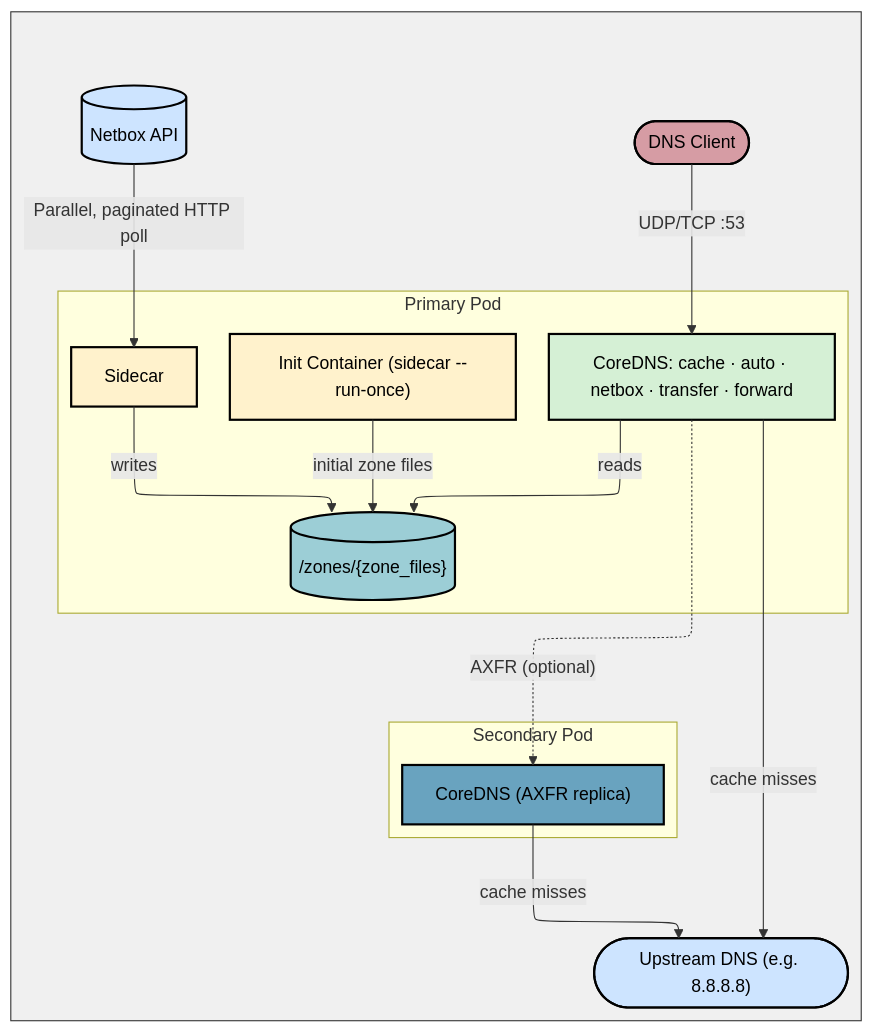
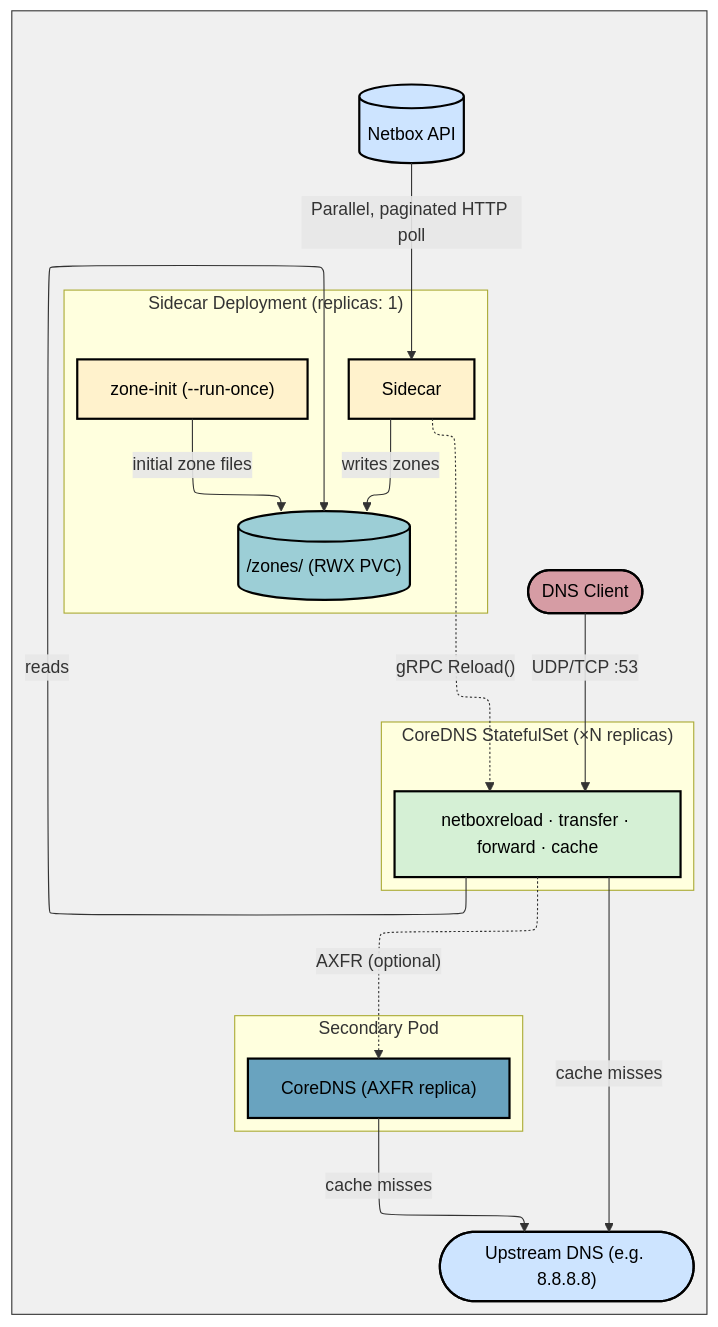
Before and after one commit to pallotron/coredns-netbox: the diagram in README.md, drawn with Mermaid. The commit also changed other lines of this file and 29 other files, not shown here.

Commit message:
docs: update README and docs for netboxreload plugin and standalone sidecar

````diff
--- a/README.md
+++ b/README.md
@@ -21,52 +23,57 @@
 ```mermaid
 ---
 config:
     layout: elk
     theme: default
     elk:
         mergeEdges: true
 ---
 flowchart TD
 
 subgraph Diagram[" "]
     Client(["DNS Client"])
     Netbox[("Netbox API")]
     Upstream(["Upstream DNS (e.g. 8.8.8.8)"])
 
-    subgraph Primary["Primary Pod"]
-        Init["Init Container (sidecar --run-once)"]
+    subgraph SidecarDeploy["Sidecar Deployment (replicas: 1)"]
+        Init["zone-init (--run-once)"]
         Sidecar["Sidecar"]
-        Zones[("/zones/{zone_files}")]
-        CoreDNS["CoreDNS: cache · auto · netbox · transfer · forward"]
         Init -->|"initial zone files"| Zones
-        Sidecar -->|"writes"| Zones
+        Sidecar -->|"writes zones"| Zones
+    end
+
+    Zones[("/zones/ (RWX PVC)")]
+
+    subgraph Primary["CoreDNS StatefulSet (×N replicas)"]
+        CoreDNS["netboxreload · transfer · forward · cache"]
         CoreDNS -->|"reads"| Zones
     end
 
     subgraph Secondary["Secondary Pod"]
         SecondaryDNS["CoreDNS (AXFR replica)"]
     end
 
+    Sidecar -.->|"gRPC Reload()"| CoreDNS
     Client -->|"UDP/TCP :53"| CoreDNS
     Netbox -->|"Parallel, paginated HTTP poll"| Sidecar
     CoreDNS -->|"cache misses"| Upstream
     CoreDNS -.->|"AXFR (optional)"| SecondaryDNS
     SecondaryDNS -->|"cache misses"| Upstream
 end
 
 classDef clientStyle   fill:#d69ca4,stroke:black,stroke-width:2px,color:#000
 classDef externalStyle fill:#cde4ff,stroke:black,stroke-width:2px,color:#000
 classDef dnsStyle      fill:#d5f0d5,stroke:black,stroke-width:2px,color:#000
 classDef workerStyle   fill:#fff2cc,stroke:black,stroke-width:2px,color:#000
 classDef storageStyle  fill:#9cced6,stroke:black,stroke-width:2px,color:#000
 classDef replicaStyle  fill:#69a3bf,stroke:black,stroke-width:2px,color:#000
 classDef diagramStyle fill:#f0f0f0,stroke:#333,stroke-width:1px,color:#000,font-size:14px
 
 class Client clientStyle
 class Netbox,Upstream externalStyle
 class CoreDNS dnsStyle
 class Sidecar,Init workerStyle
 class Zones storageStyle
 class SecondaryDNS replicaStyle
 class Diagram diagramStyle
 ```
````
